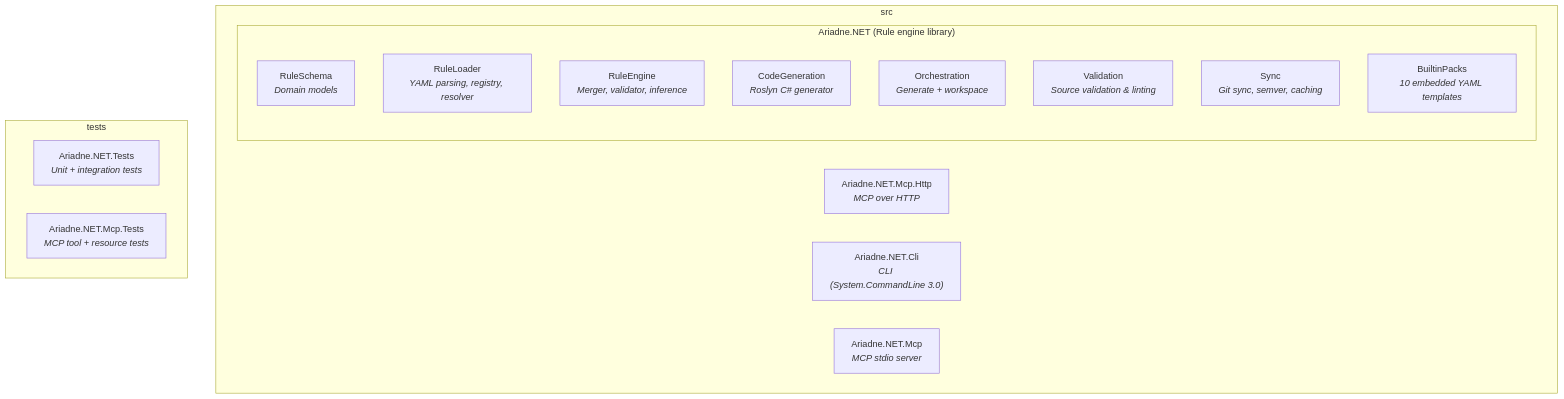
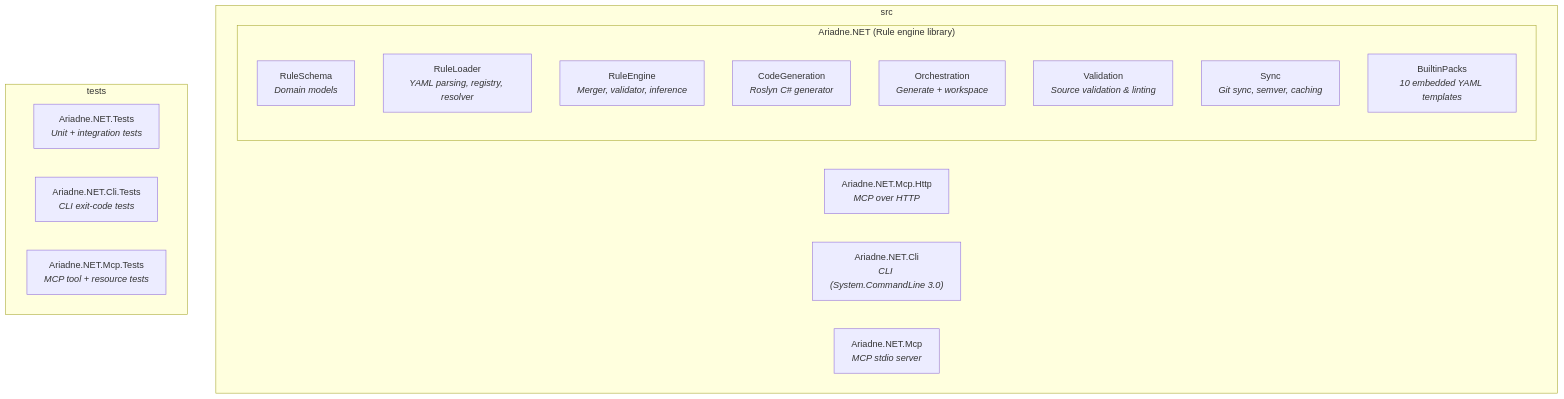
The first of 4 diagrams in docs-site/docs/how-it-works/02-architecture.md (MarcelRoozekrans/Ariadne.NET), drawn with Mermaid before and after one commit. The commit also changed 10 other files, not shown here.

First line of the commit message:
fix: finish the ariadne rename in the CLI init hint and docs

````diff
--- a/docs-site/docs/how-it-works/02-architecture.md
+++ b/docs-site/docs/how-it-works/02-architecture.md
@@ -9,23 +9,24 @@
 ```mermaid
 graph TD
     subgraph src
         subgraph Ariadne.NET["Ariadne.NET (Rule engine library)"]
             RuleSchema["RuleSchema<br/><i>Domain models</i>"]
             RuleLoader["RuleLoader<br/><i>YAML parsing, registry, resolver</i>"]
             RuleEngine["RuleEngine<br/><i>Merger, validator, inference</i>"]
             CodeGeneration["CodeGeneration<br/><i>Roslyn C# generator</i>"]
             Orchestration["Orchestration<br/><i>Generate + workspace</i>"]
             Validation["Validation<br/><i>Source validation & linting</i>"]
             Sync["Sync<br/><i>Git sync, semver, caching</i>"]
             BuiltinPacks["BuiltinPacks<br/><i>10 embedded YAML templates</i>"]
         end
         HostApi["Ariadne.NET.Mcp.Http<br/><i>MCP over HTTP</i>"]
         HostCli["Ariadne.NET.Cli<br/><i>CLI (System.CommandLine 3.0)</i>"]
         HostMcp["Ariadne.NET.Mcp<br/><i>MCP stdio server</i>"]
     end
 
     subgraph tests
         CoreTests["Ariadne.NET.Tests<br/><i>Unit + integration tests</i>"]
+        CliTests["Ariadne.NET.Cli.Tests<br/><i>CLI exit-code tests</i>"]
         McpTests["Ariadne.NET.Mcp.Tests<br/><i>MCP tool + resource tests</i>"]
     end
 ```
````
